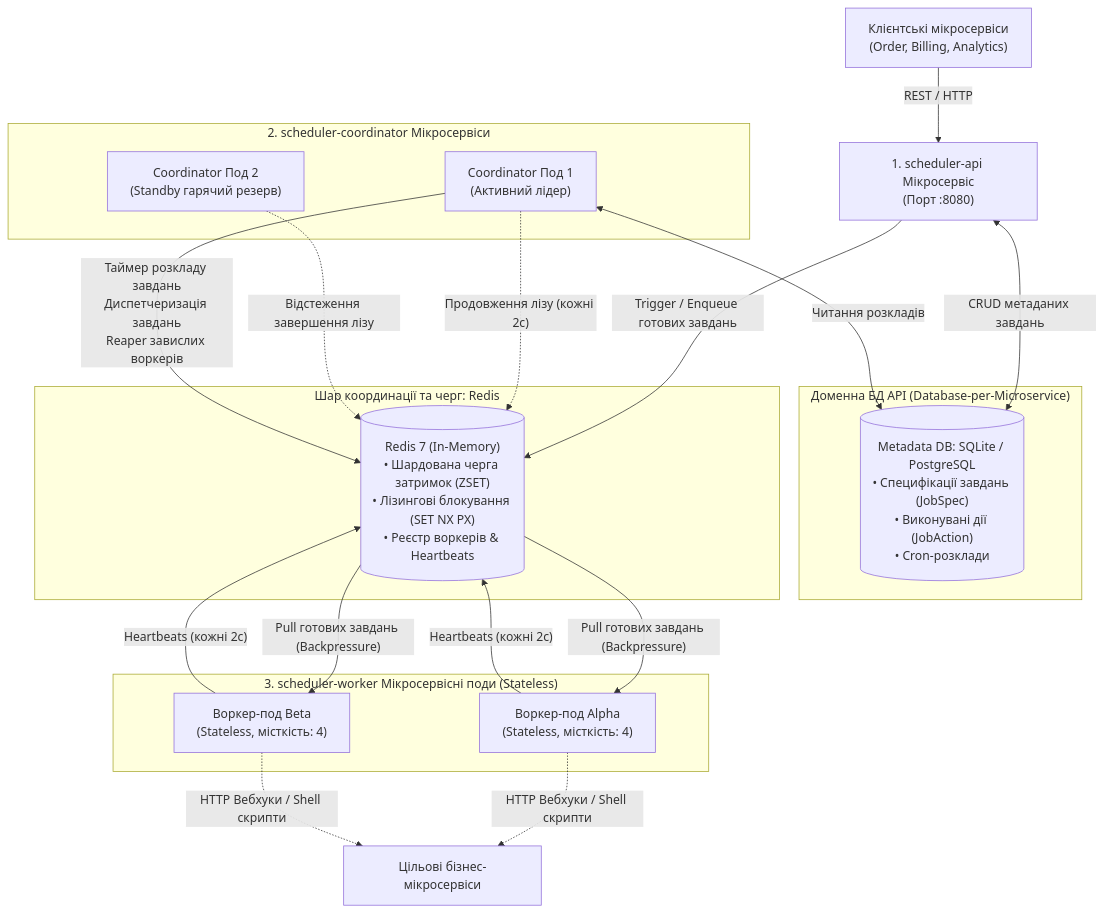
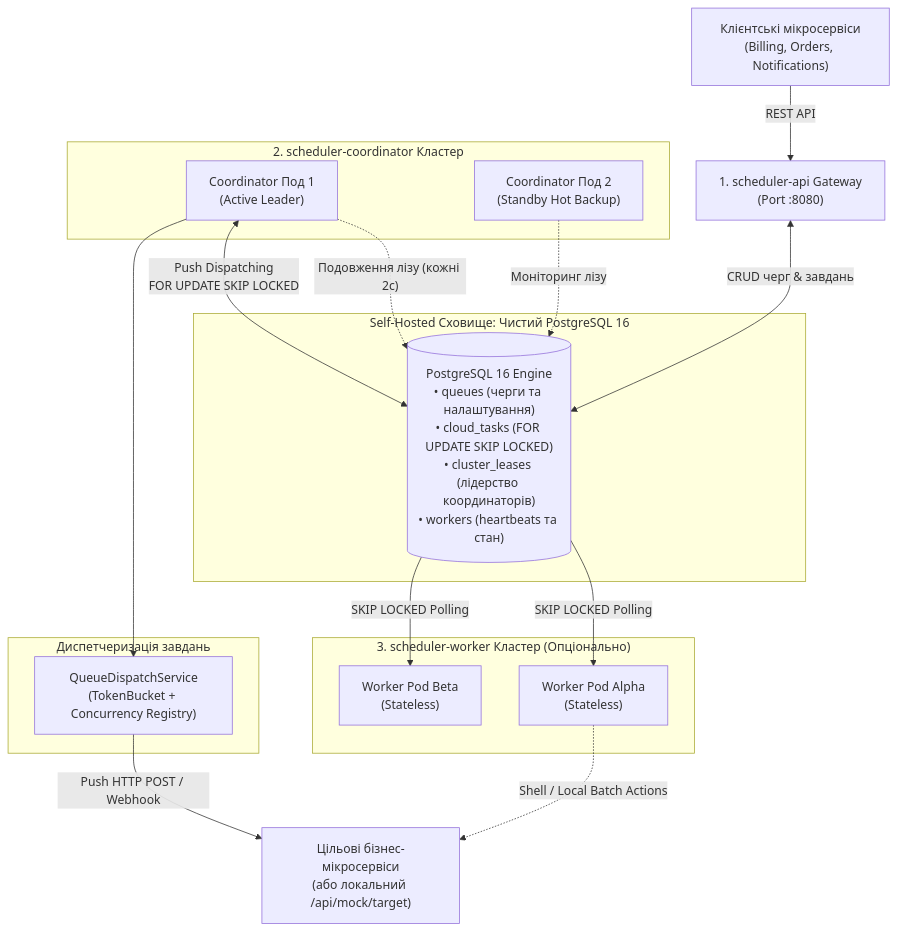
The first of 2 diagrams in README.md (tarashor/job-scheduler), drawn with Mermaid before and after one commit. The commit also changed other lines of this file and 22 other files, not shown here.

First line of the commit message:
Implement self-hosted Google Cloud Tasks architecture with standalone PostgreSQL engine

````diff
--- a/README.md
+++ b/README.md
@@ -50,39 +90,34 @@
 ```mermaid
 flowchart TD
-    ClientSvc["Клієнтські мікросервіси<br/>(Order, Billing, Analytics)"] -->|"REST / HTTP"| API["1. scheduler-api Мікросервіс<br/>(Порт :8080)"]
-    
-    subgraph APIDatabase ["Доменна БД API (Database-per-Microservice)"]
-        MetaDB[("Metadata DB: SQLite / PostgreSQL<br/>• Специфікації завдань (JobSpec)<br/>• Виконувані дії (JobAction)<br/>• Cron-розклади")]
-    end
-    API <-->|"CRUD метаданих завдань"| MetaDB
+    Client["Клієнтські мікросервіси<br/>(Billing, Orders, Notifications)"] -->|"REST API"| API["1. scheduler-api Gateway<br/>(Port :8080)"]
 
-    subgraph StorageLayer ["Шар координації та черг: Redis"]
-        Redis[("Redis 7 (In-Memory)<br/>• Шардована черга затримок (ZSET)<br/>• Лізингові блокування (SET NX PX)<br/>• Реєстр воркерів & Heartbeats")]
+    subgraph DatabaseLayer ["Self-Hosted Сховище: Чистий PostgreSQL 16"]
+        PG[("PostgreSQL 16 Engine<br/>• queues (черги та налаштування)<br/>• cloud_tasks (FOR UPDATE SKIP LOCKED)<br/>• cluster_leases (лідерство координаторів)<br/>• workers (heartbeats та стан)")]
     end
 
-    API -->|"Trigger / Enqueue готових завдань"| Redis
+    API <-->|"CRUD черг & завдань"| PG
 
-    subgraph CoordinatorPods ["2. scheduler-coordinator Мікросервіси"]
-        C1["Coordinator Под 1<br/>(Активний лідер)"]
-        C2["Coordinator Под 2<br/>(Standby гарячий резерв)"]
-        C1 -.->|"Продовження лізу (кожні 2с)"| Redis
-        C2 -.->|"Відстеження завершення лізу"| Redis
+    subgraph CoordinatorCluster ["2. scheduler-coordinator Кластер"]
+        C1["Coordinator Под 1<br/>(Active Leader)"]
+        C2["Coordinator Под 2<br/>(Standby Hot Backup)"]
+        C1 -.->|"Подовження лізу (кожні 2с)"| PG
+        C2 -.->|"Моніторинг лізу"| PG
     end
 
-    C1 <-->|"Читання розкладів"| MetaDB
-    C1 -- "Таймер розкладу завдань<br/>Диспетчеризація завдань<br/>Reaper завислих воркерів" --> Redis
+    C1 <-->|"Push Dispatching<br/>FOR UPDATE SKIP LOCKED"| PG
 
-    subgraph WorkerPool ["3. scheduler-worker Мікросервісні поди (Stateless)"]
-        W1["Воркер-под Alpha<br/>(Stateless, місткість: 4)"]
-        W2["Воркер-под Beta<br/>(Stateless, місткість: 4)"]
+    subgraph DispatchEngines ["Диспетчеризація завдань"]
+        Dispatcher["QueueDispatchService<br/>(TokenBucket + Concurrency Registry)"]
     end
+    C1 --> Dispatcher
 
-    Redis -- "Pull готових завдань (Backpressure)" --> W1
-    Redis -- "Pull готових завдань (Backpressure)" --> W2
+    subgraph WorkerPool ["3. scheduler-worker Кластер (Опціонально)"]
+        W1["Worker Pod Alpha<br/>(Stateless)"]
+        W2["Worker Pod Beta<br/>(Stateless)"]
+    end
+    PG -- "SKIP LOCKED Polling" --> W1
+    PG -- "SKIP LOCKED Polling" --> W2
 
-    W1 -- "Heartbeats (кожні 2с)" --> Redis
-    W2 -- "Heartbeats (кожні 2с)" --> Redis
-
-    W1 -.->|"HTTP Вебхуки / Shell скрипти"| TargetSvc["Цільові бізнес-мікросервіси"]
-    W2 -.->|"HTTP Вебхуки / Shell скрипти"| TargetSvc
+    Dispatcher -->|"Push HTTP POST / Webhook"| TargetSvc["Цільові бізнес-мікросервіси<br/>(або локальний /api/mock/target)"]
+    W1 -.->|"Shell / Local Batch Actions"| TargetSvc
 ```
````
